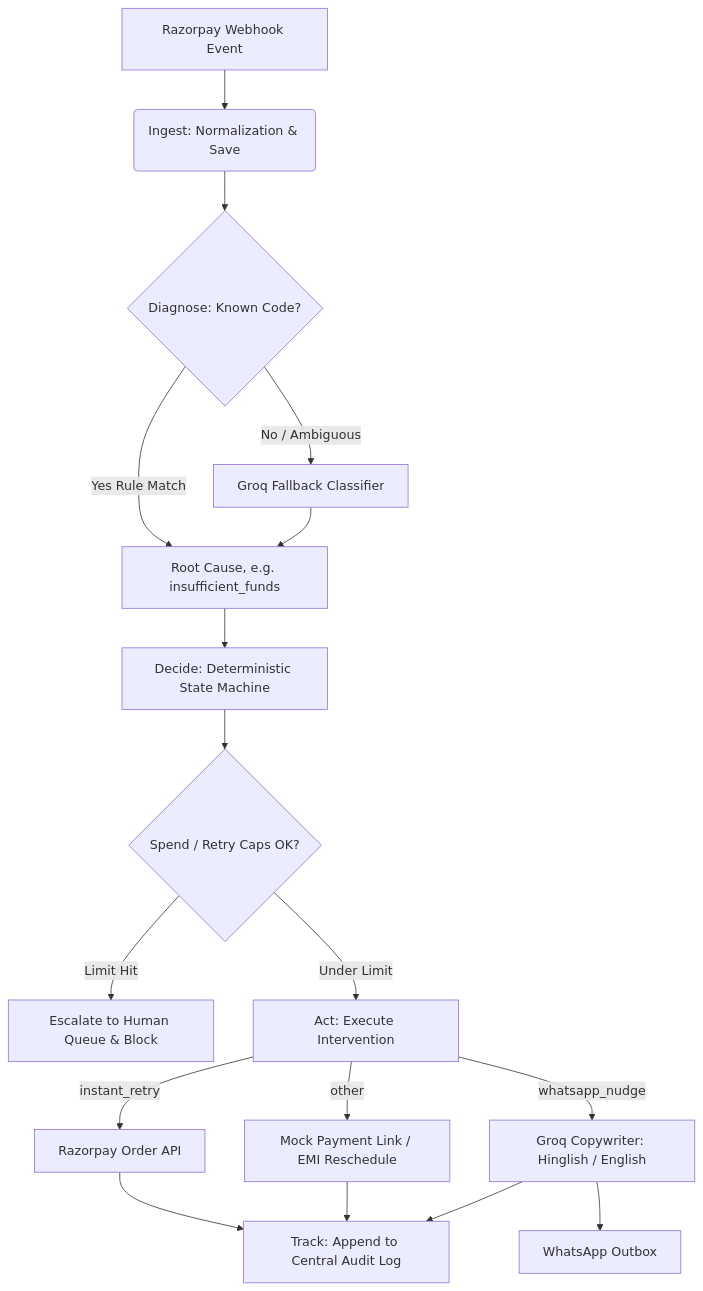
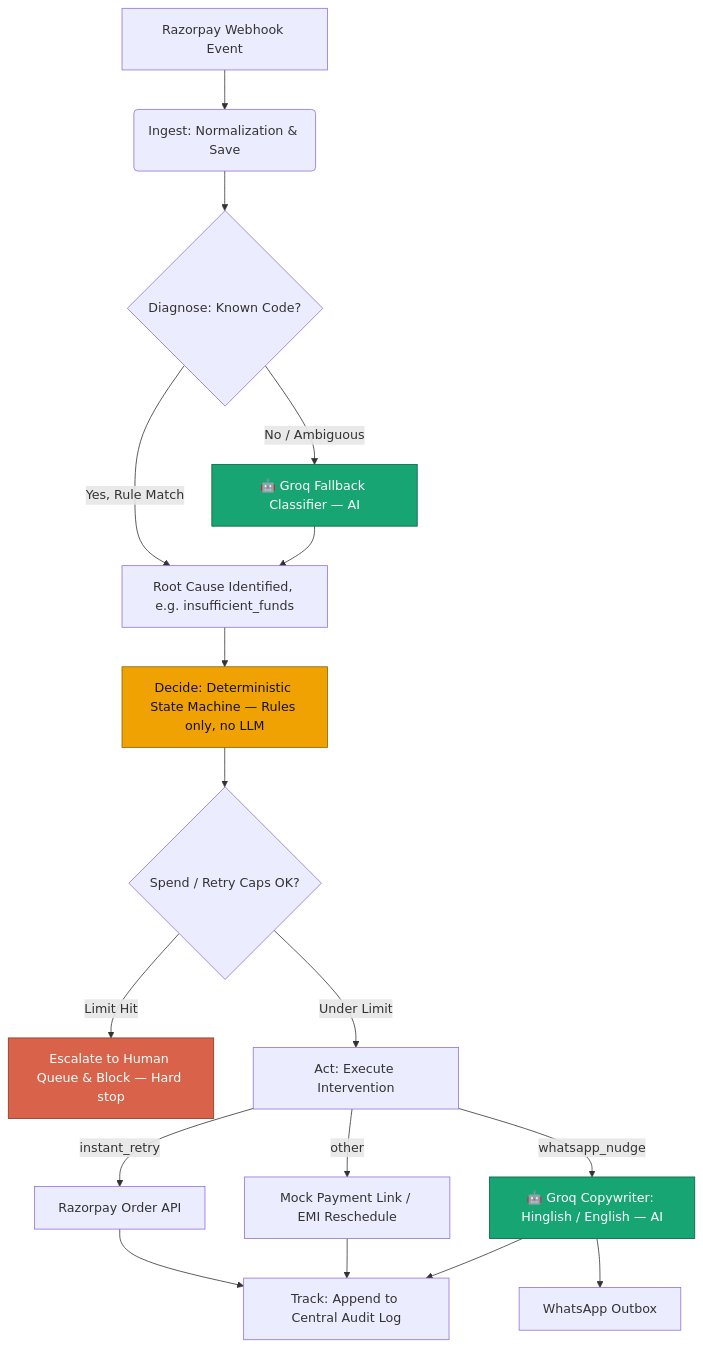
One commit to dola2164-png/Recoup changed the diagram in README.md. Above: the diagram before and after it, drawn with Mermaid. The commit also changed other lines of this file, not shown here.

Commit message:
Update README.md
Updated pipeline architecture diagram and legend for clarity.

````diff
--- a/README.md
+++ b/README.md
@@ -122,19 +124,27 @@
 ```mermaid
 graph TD
     A[Razorpay Webhook Event] --> B(Ingest: Normalization & Save)
     B --> C{Diagnose: Known Code?}
-    C -- Yes Rule Match --> D[Root Cause, e.g. insufficient_funds]
-    C -- No / Ambiguous --> E[Groq Fallback Classifier]
+    C -- Yes, Rule Match --> D[Root Cause Identified, e.g. insufficient_funds]
+    C -- No / Ambiguous --> E["🤖 Groq Fallback Classifier — AI"]
     E --> D
-    D --> F[Decide: Deterministic State Machine]
+    D --> F["Decide: Deterministic State Machine — Rules only, no LLM"]
     F --> G{Spend / Retry Caps OK?}
-    G -- Limit Hit --> H[Escalate to Human Queue & Block]
+    G -- Limit Hit --> H["Escalate to Human Queue & Block — Hard stop"]
     G -- Under Limit --> I[Act: Execute Intervention]
     I -- instant_retry --> J[Razorpay Order API]
-    I -- whatsapp_nudge --> K[Groq Copywriter: Hinglish / English]
+    I -- whatsapp_nudge --> K["🤖 Groq Copywriter: Hinglish / English — AI"]
     I -- other --> L[Mock Payment Link / EMI Reschedule]
     K --> M[WhatsApp Outbox]
     J --> N[Track: Append to Central Audit Log]
     L --> N
     K --> N
+
+    classDef ai fill:#17A673,stroke:#0d5c40,color:#fff,stroke-width:1px;
+    classDef rules fill:#F0A202,stroke:#8a5f00,color:#111,stroke-width:1px;
+    classDef stop fill:#D9634A,stroke:#8a3624,color:#fff,stroke-width:1px;
+
+    class E,K ai;
+    class F rules;
+    class H stop;
 ```
````
